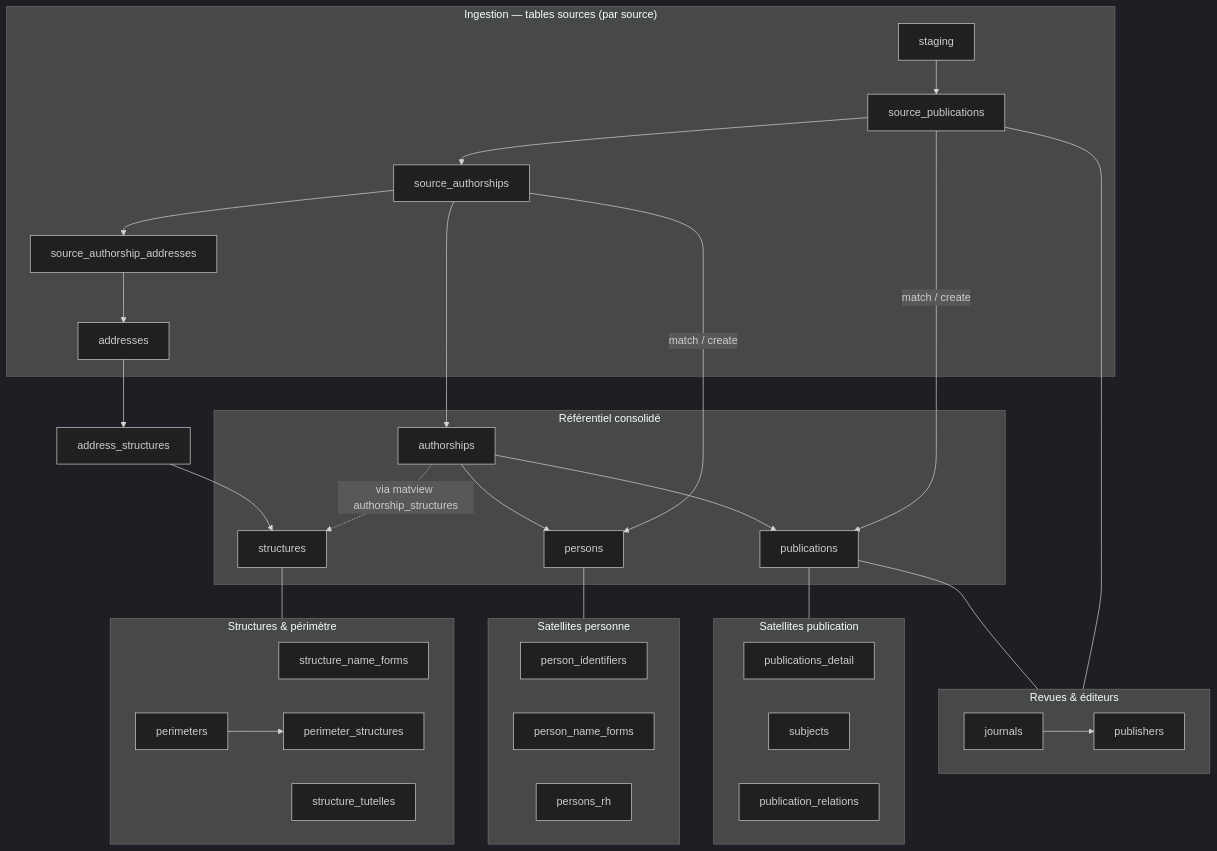
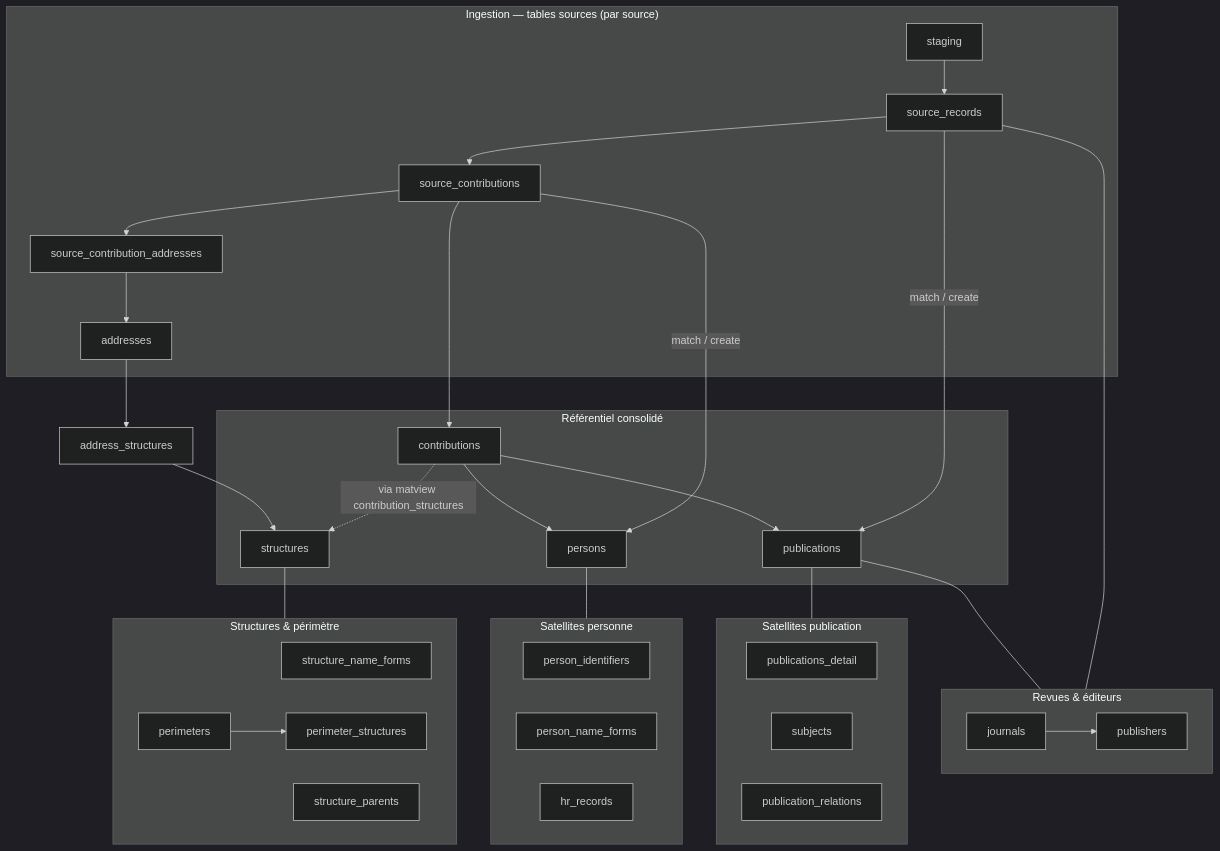
One commit to Y33sha/bibliometrie-uca changed the diagram in docs/donnees/09-index-des-tables.md. Above: the diagram before and after it, drawn with Mermaid (dark theme). The commit also changed other lines of this file and 560 other files, not shown here.

````diff
--- a/docs/donnees/09-index-des-tables.md
+++ b/docs/donnees/09-index-des-tables.md
@@ -9,48 +9,48 @@
 ```mermaid
 flowchart TB
     subgraph ingestion["Ingestion — tables sources (par source)"]
-        staging --> source_publications --> source_authorships
-        source_authorships --> source_authorship_addresses --> addresses
+        staging --> source_records --> source_contributions
+        source_contributions --> source_contribution_addresses --> addresses
     end
 
     subgraph publishing["Revues & éditeurs"]
         journals --> publishers
     end
 
     subgraph canon["Référentiel consolidé"]
         publications
-        authorships
+        contributions
         structures
         persons
     end
 
-    source_publications -->|match / create| publications
-    source_authorships -->|match / create| persons
-    source_authorships --> authorships
-    authorships --> publications
-    authorships --> persons
-    authorships -.->|via matview authorship_structures| structures
+    source_records -->|match / create| publications
+    source_contributions -->|match / create| persons
+    source_contributions --> contributions
+    contributions --> publications
+    contributions --> persons
+    contributions -.->|via matview contribution_structures| structures
     addresses --> address_structures --> structures
-    source_publications --- publishing
+    source_records --- publishing
     publications --- publishing
 
     subgraph satP["Satellites publication"]
         publications_detail
         subjects
         publication_relations
     end
     subgraph satS["Structures & périmètre"]
         structure_name_forms
-        structure_tutelles
+        structure_parents
         perimeters --> perimeter_structures
     end
     subgraph satN["Satellites personne"]
         person_identifiers
         person_name_forms
-        persons_rh
+        hr_records
     end
 
     publications --- satP
     structures --- satS
     persons --- satN
 ```
````
